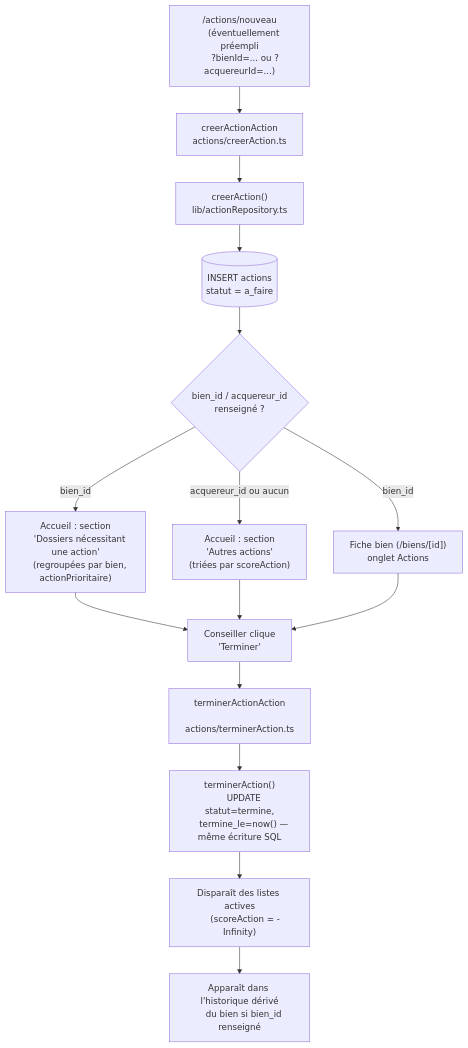
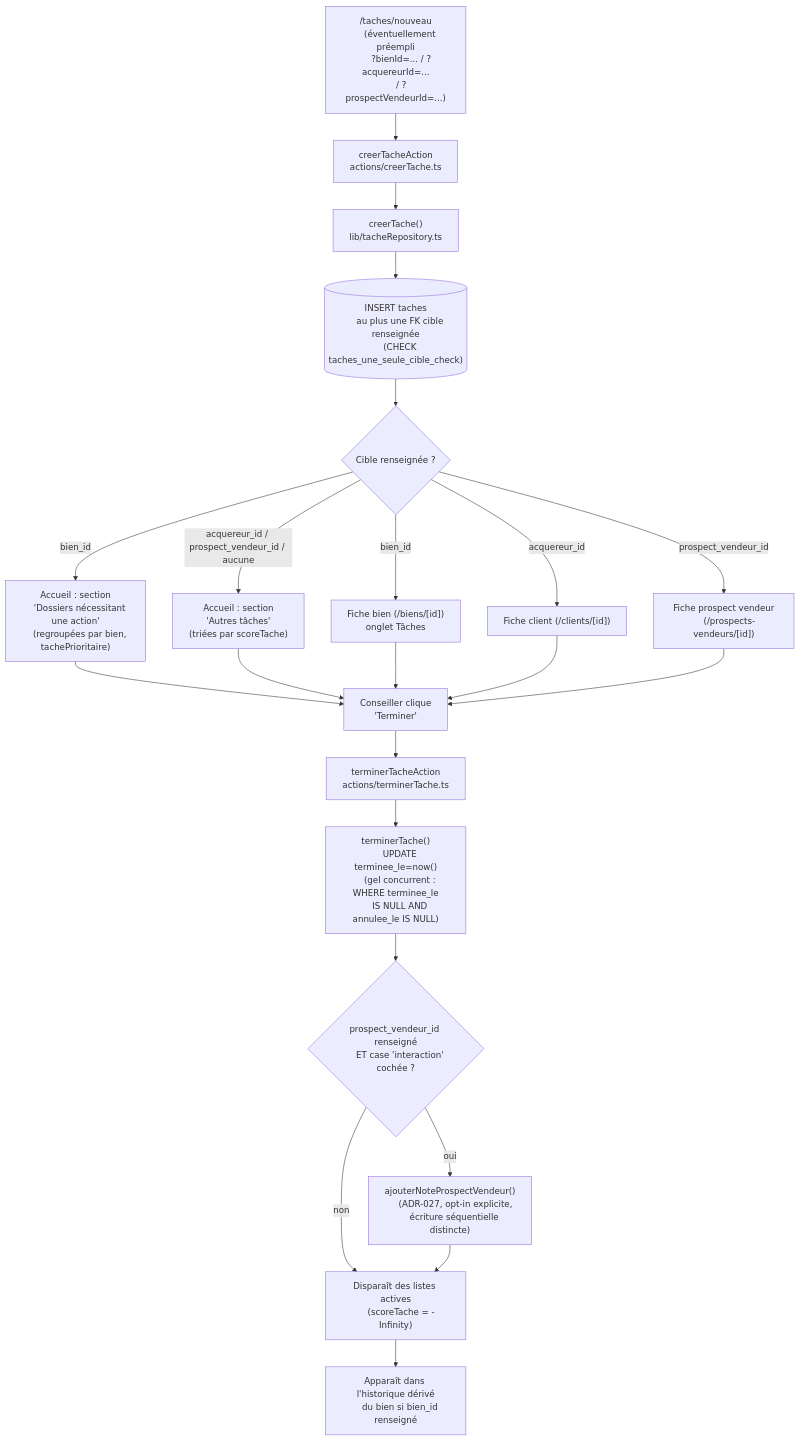
The third of 3 diagrams in docs/FLOWS.md (stiflouf/atlas), drawn with Mermaid before and after one commit. The commit also changed other lines of this file and 57 other files, not shown here.

First line of the commit message:
feat(taches): moteur de tâches générique (ADR-028)

````diff
--- a/docs/FLOWS.md
+++ b/docs/FLOWS.md
@@ -102,34 +102,47 @@
 ```mermaid
 flowchart TD
-    A["/actions/nouveau
+    A["/taches/nouveau
     (éventuellement préempli
-    ?bienId=... ou ?acquereurId=...)"] --> B["creerActionAction
-    actions/creerAction.ts"]
-    B --> C["creerAction()
-    lib/actionRepository.ts"]
-    C --> D[("INSERT actions
-    statut = a_faire")]
-    D --> E{"bien_id / acquereur_id
-    renseigné ?"}
+    ?bienId=... / ?acquereurId=...
+    / ?prospectVendeurId=...)"] --> B["creerTacheAction
+    actions/creerTache.ts"]
+    B --> C["creerTache()
+    lib/tacheRepository.ts"]
+    C --> D[("INSERT taches
+    au plus une FK cible renseignée
+    (CHECK taches_une_seule_cible_check)")]
+    D --> E{"Cible renseignée ?"}
     E -- bien_id --> F["Accueil : section
     'Dossiers nécessitant une action'
-    (regroupées par bien, actionPrioritaire)"]
-    E -- acquereur_id ou aucun --> G["Accueil : section
-    'Autres actions'
-    (triées par scoreAction)"]
+    (regroupées par bien, tachePrioritaire)"]
+    E -- acquereur_id / prospect_vendeur_id / aucune --> G["Accueil : section
+    'Autres tâches'
+    (triées par scoreTache)"]
     E -- bien_id --> H["Fiche bien (/biens/[id])
-    onglet Actions"]
+    onglet Tâches"]
+    E -- acquereur_id --> H2["Fiche client (/clients/[id])"]
+    E -- prospect_vendeur_id --> H3["Fiche prospect vendeur
+    (/prospects-vendeurs/[id])"]
     F --> I["Conseiller clique
     'Terminer'"]
     G --> I
     H --> I
-    I --> J["terminerActionAction
-    actions/terminerAction.ts"]
-    J --> K["terminerAction()
-    UPDATE statut=termine,
-    termine_le=now() — même écriture SQL"]
-    K --> L["Disparaît des listes actives
-    (scoreAction = -Infinity)"]
+    H2 --> I
+    H3 --> I
+    I --> J["terminerTacheAction
+    actions/terminerTache.ts"]
+    J --> K["terminerTache()
+    UPDATE terminee_le=now()
+    (gel concurrent : WHERE terminee_le
+    IS NULL AND annulee_le IS NULL)"]
+    K --> K2{"prospect_vendeur_id renseigné
+    ET case 'interaction' cochée ?"}
+    K2 -- oui --> K3["ajouterNoteProspectVendeur()
+    (ADR-027, opt-in explicite,
+    écriture séquentielle distincte)"]
+    K2 -- non --> L
+    K3 --> L["Disparaît des listes actives
+    (scoreTache = -Infinity)"]
     L --> M["Apparaît dans l'historique dérivé
     du bien si bien_id renseigné"]
 ```
````
